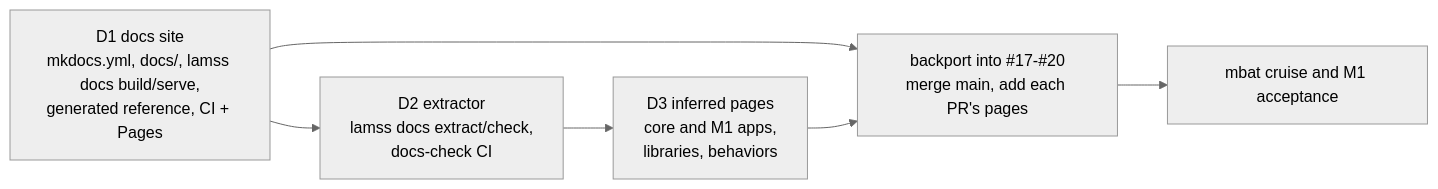
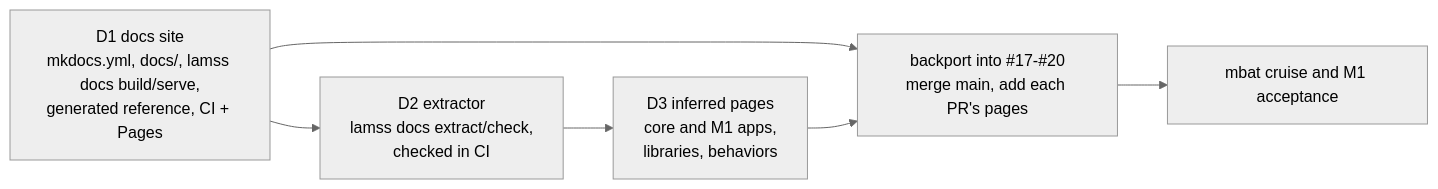
The third of 3 diagrams in core/src/doc/plan/claude/11-documentation.md (GobySoft/lamss3), drawn with Mermaid (neutral theme) before and after one commit. The commit also changed other lines of this file and 11 other files, not shown here.

````diff
--- a/core/src/doc/plan/claude/11-documentation.md
+++ b/core/src/doc/plan/claude/11-documentation.md
@@ -138,8 +138,8 @@
 ```mermaid
 flowchart LR
-  d1[D1 docs site<br/>mkdocs.yml, docs/, lamss docs build/serve,<br/>generated reference, CI + Pages] --> d2[D2 extractor<br/>lamss docs extract/check,<br/>docs-check CI]
+  d1[D1 docs site<br/>mkdocs.yml, docs/, lamss docs build/serve,<br/>generated reference, CI + Pages] --> d2[D2 extractor<br/>lamss docs extract/check,<br/>checked in CI]
   d2 --> d3[D3 inferred pages<br/>core and M1 apps,<br/>libraries, behaviors]
   d1 --> bp[backport into #17-#20<br/>merge main, add each PR's pages]
   d3 --> bp
   bp --> mbat[mbat cruise and M1 acceptance]
 ```
````
